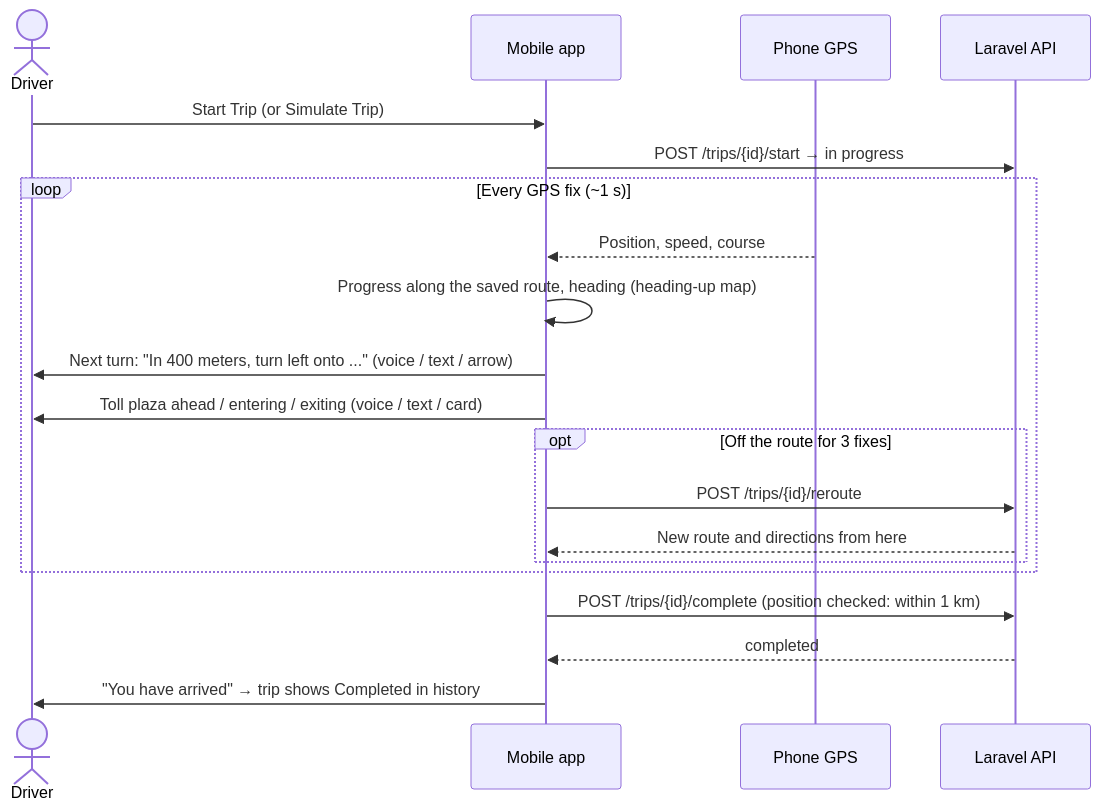
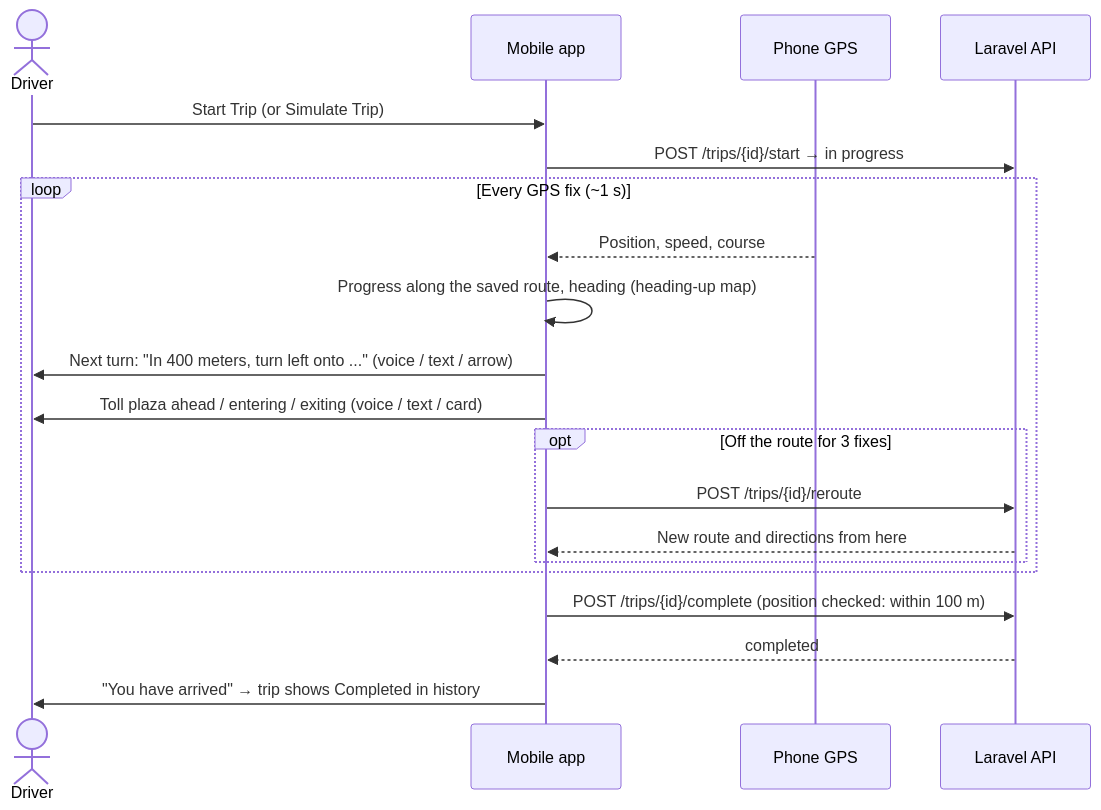
One commit to JonasBondoc26/Smart-Toll changed the fourth of 5 diagrams in docs/ARCHITECTURE.md. Above: the diagram before and after it, drawn with Mermaid. The commit also changed other lines of this file and 5 other files, not shown here.

````diff
--- a/docs/ARCHITECTURE.md
+++ b/docs/ARCHITECTURE.md
@@ -97,22 +97,22 @@
 ```mermaid
 sequenceDiagram
     actor D as Driver
     participant App as Mobile app
     participant GPS as Phone GPS
     participant API as Laravel API
     D->>App: Start Trip (or Simulate Trip)
     App->>API: POST /trips/{id}/start → in progress
     loop Every GPS fix (~1 s)
         GPS-->>App: Position, speed, course
         App->>App: Progress along the saved route, heading (heading-up map)
         App->>D: Next turn: "In 400 meters, turn left onto ..." (voice / text / arrow)
         App->>D: Toll plaza ahead / entering / exiting (voice / text / card)
         opt Off the route for 3 fixes
             App->>API: POST /trips/{id}/reroute
             API-->>App: New route and directions from here
         end
     end
-    App->>API: POST /trips/{id}/complete (position checked: within 1 km)
+    App->>API: POST /trips/{id}/complete (position checked: within 100 m)
     API-->>App: completed
     App->>D: "You have arrived" → trip shows Completed in history
 ```
````
